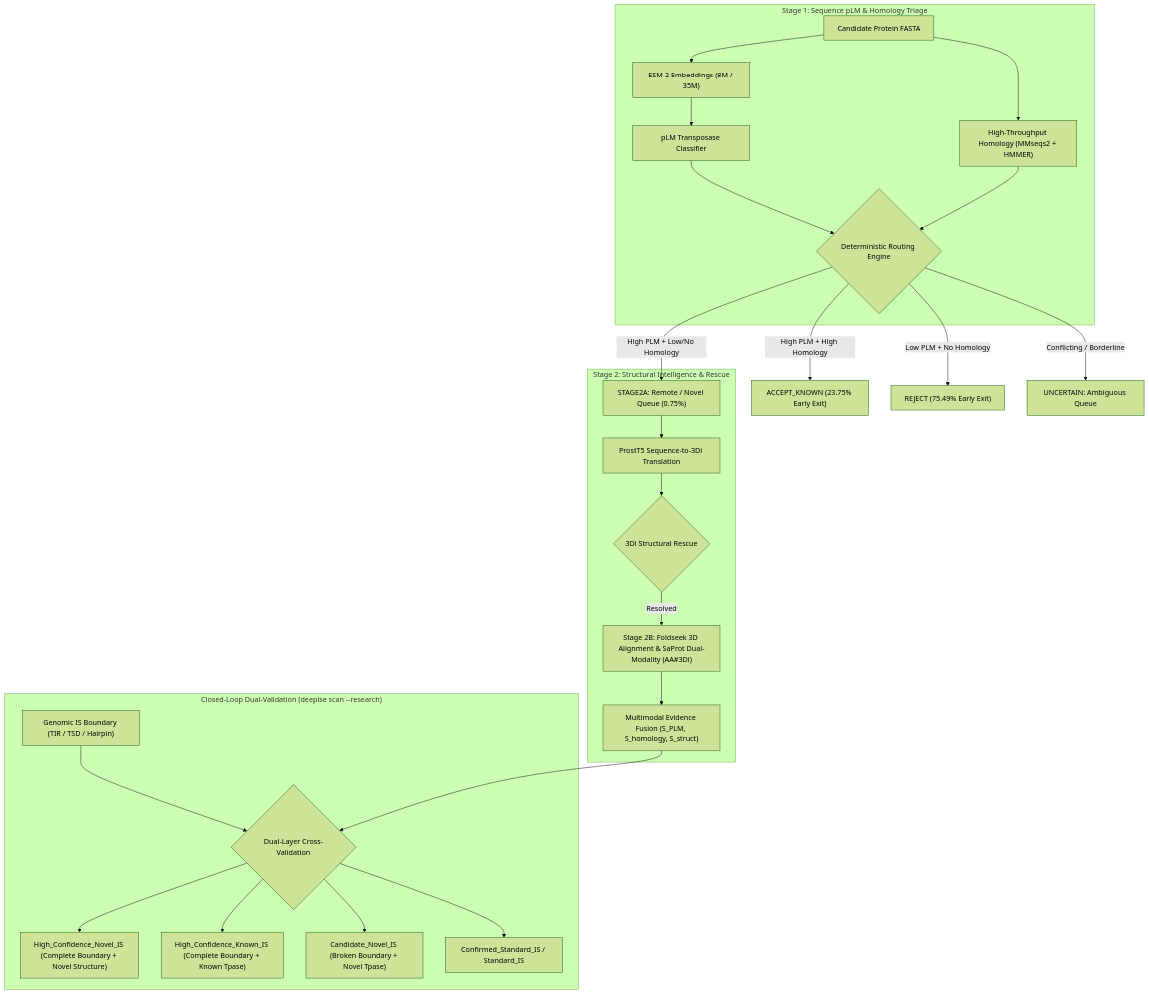
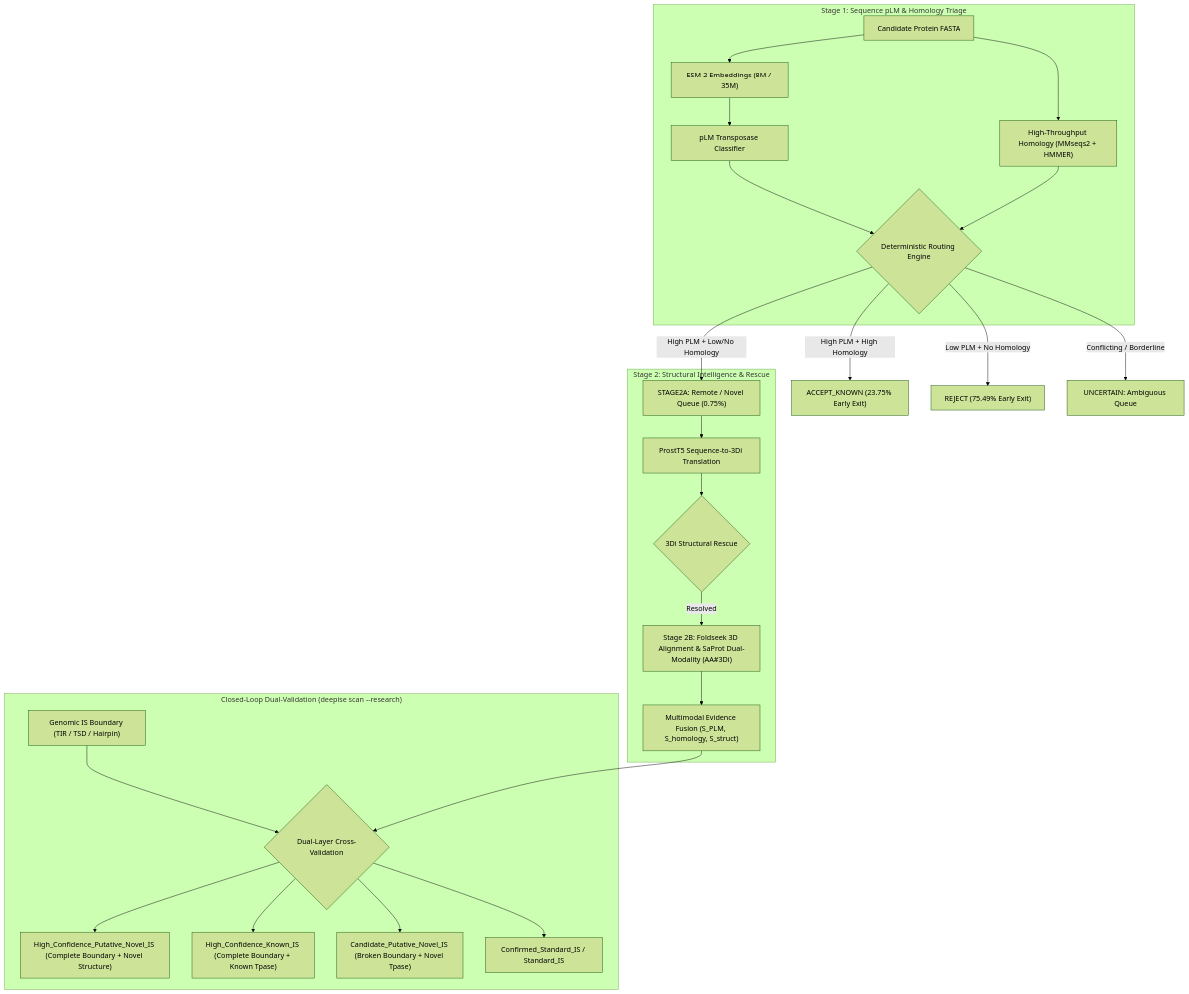
The second of 2 diagrams in README.md (Caizhaohui/DeepISE), drawn with Mermaid (forest theme) before and after one commit. The commit also changed other lines of this file and 11 other files, not shown here.

````diff
--- a/README.md
+++ b/README.md
@@ -83,30 +83,30 @@
 ```mermaid
 flowchart TD
     subgraph Stage1["Stage 1: Sequence pLM & Homology Triage"]
         P1["Candidate Protein FASTA"] --> ESM["ESM-2 Embeddings (8M / 35M)"]
         ESM --> PLM_CLS["pLM Transposase Classifier"]
         P1 --> HOM["High-Throughput Homology (MMseqs2 + HMMER)"]
         PLM_CLS & HOM --> ROUTE{"Deterministic Routing Engine"}
     end
 
     ROUTE -->|High PLM + High Homology| EX1["ACCEPT_KNOWN (23.75% Early Exit)"]
     ROUTE -->|Low PLM + No Homology| EX2["REJECT (75.49% Early Exit)"]
     ROUTE -->|High PLM + Low/No Homology| S2A["STAGE2A: Remote / Novel Queue (0.75%)"]
     ROUTE -->|Conflicting / Borderline| UNC["UNCERTAIN: Ambiguous Queue"]
 
     subgraph Stage2["Stage 2: Structural Intelligence & Rescue"]
         S2A --> PT5["ProstT5 Sequence-to-3Di Translation"]
         PT5 --> S2A_EVAL{"3Di Structural Rescue"}
         S2A_EVAL -->|Resolved| S2B["Stage 2B: Foldseek 3D Alignment & SaProt Dual-Modality (AA#3Di)"]
         S2B --> FUSION["Multimodal Evidence Fusion (S_PLM, S_homology, S_struct)"]
     end
 
     subgraph ClosedLoop["Closed-Loop Dual-Validation (deepise scan --research)"]
         DNA_ELEM["Genomic IS Boundary (TIR / TSD / Hairpin)"] --> DUAL{"Dual-Layer Cross-Validation"}
         FUSION --> DUAL
-        DUAL --> NOVEL["High_Confidence_Novel_IS (Complete Boundary + Novel Structure)"]
+        DUAL --> NOVEL["High_Confidence_Putative_Novel_IS (Complete Boundary + Novel Structure)"]
         DUAL --> KNOWN["High_Confidence_Known_IS (Complete Boundary + Known Tpase)"]
-        DUAL --> CAND["Candidate_Novel_IS (Broken Boundary + Novel Tpase)"]
+        DUAL --> CAND["Candidate_Putative_Novel_IS (Broken Boundary + Novel Tpase)"]
         DUAL --> STD["Confirmed_Standard_IS / Standard_IS"]
     end
 ```
````
